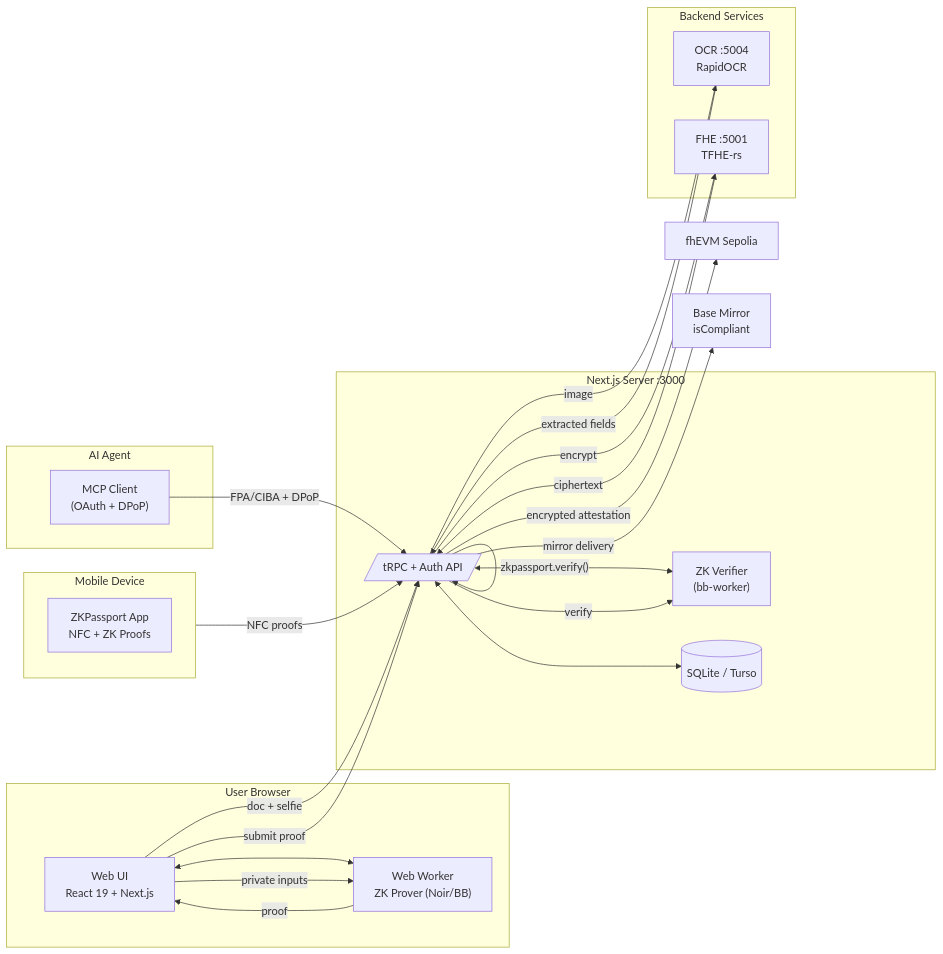
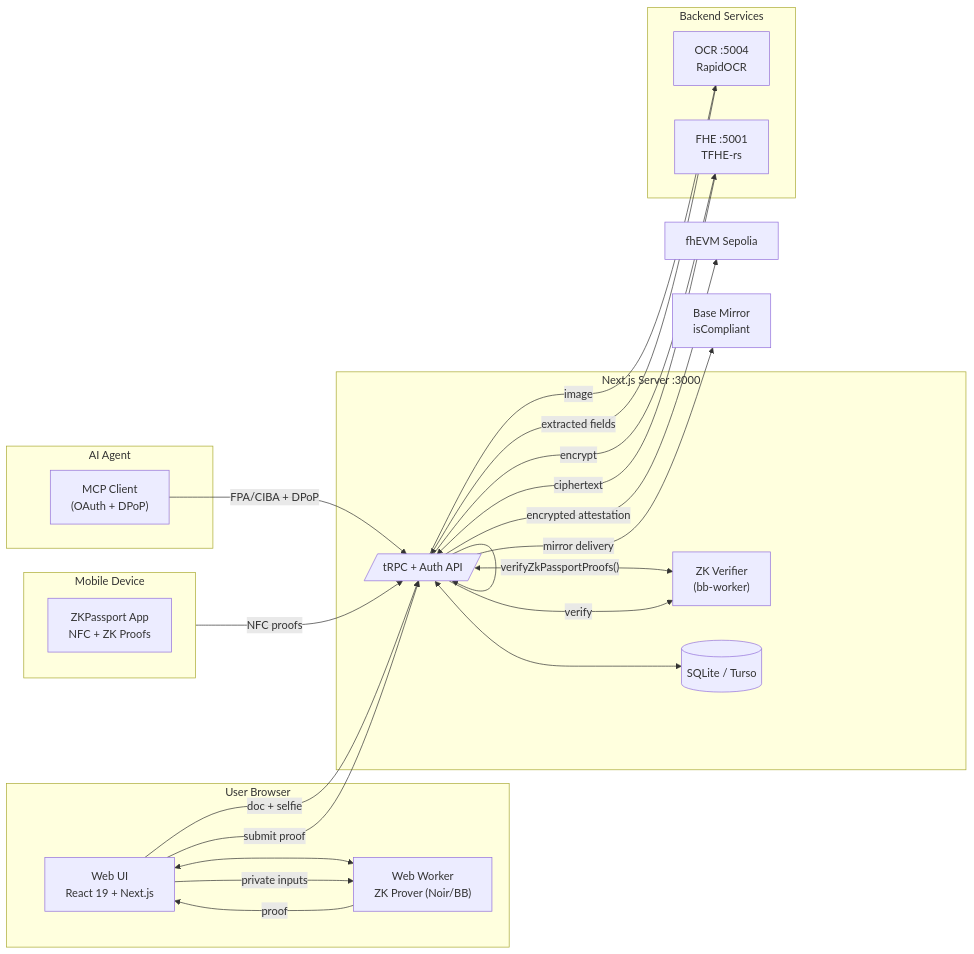
Before and after one commit to gustavovalverde/zentity: the first of 4 diagrams in docs/(concepts)/architecture.md, drawn with Mermaid. The commit also changed other lines of this file and 35 other files, not shown here.

First line of the commit message:
fix(zk): verify ZKPassport proofs and own circuits with Barretenberg 6 (#371)

````diff
--- a/docs/(concepts)/architecture.md
+++ b/docs/(concepts)/architecture.md
@@ -29,46 +29,46 @@
 ```mermaid
 flowchart LR
   subgraph Browser["User Browser"]
     UI["Web UI\nReact 19 + Next.js"]
     W["Web Worker\nZK Prover (Noir/BB)"]
     UI <--> W
   end
 
   subgraph Server["Next.js Server :3000"]
     API[/"tRPC + Auth API"/]
     BB["ZK Verifier\n(bb-worker)"]
     DB[("SQLite / Turso")]
     API <--> BB
     API <--> DB
   end
 
   subgraph Services["Backend Services"]
     OCR["OCR :5004\nRapidOCR"]
     FHE["FHE :5001\nTFHE-rs"]
   end
 
   subgraph Mobile["Mobile Device"]
     ZKP["ZKPassport App\nNFC + ZK Proofs"]
   end
 
   subgraph Agent["AI Agent"]
     MCP["MCP Client\n(OAuth + DPoP)"]
   end
 
   UI -->|"doc + selfie"| API
   MCP -->|"FPA/CIBA + DPoP"| API
   Mobile -->|"NFC proofs"| API
-  API -->|"zkpassport.verify()"| API
+  API -->|"verifyZkPassportProofs()"| API
   API -->|"image"| OCR
   OCR -->|"extracted fields"| API
 
   UI -->|"private inputs"| W
   W -->|"proof"| UI
   UI -->|"submit proof"| API
   API -->|"verify"| BB
 
   API -->|"encrypt"| FHE
   FHE -->|"ciphertext"| API
   API -->|"encrypted attestation"| FHEVM["fhEVM Sepolia"]
   API -->|"mirror delivery"| BASE["Base Mirror\nisCompliant"]
 ```
````
